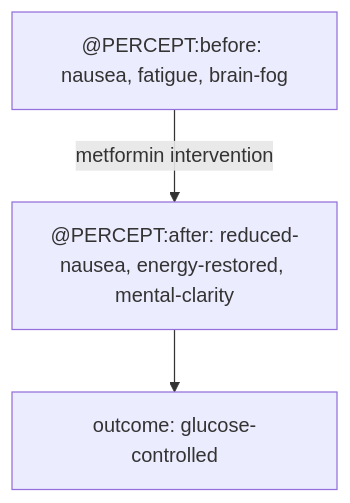
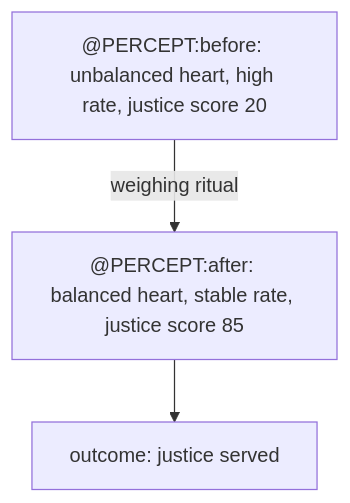
The diagram in README.md (antfriend/ttai_ttdb_anubis), drawn with Mermaid before and after one commit. The commit also changed other lines of this file, not shown here.

````diff
--- a/README.md
+++ b/README.md
@@ -18,5 +22,5 @@
 ```mermaid
 graph TD
-    A["@PERCEPT:before: nausea, fatigue, brain-fog"] -->|metformin intervention| B["@PERCEPT:after: reduced-nausea, energy-restored, mental-clarity"]
-    B --> C["outcome: glucose-controlled"]
+    A["@PERCEPT:before: unbalanced heart, high rate, justice score 20"] -->|weighing ritual| B["@PERCEPT:after: balanced heart, stable rate, justice score 85"]
+    B --> C["outcome: justice served"]
 ```
````
